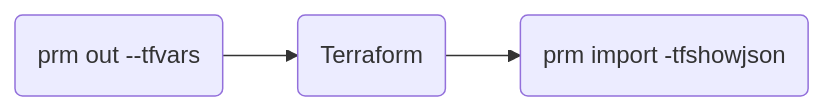
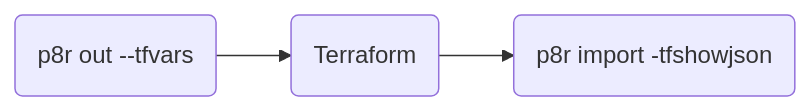
Before and after one commit to cdalar/parampiper: the third of 3 diagrams in mermaid.md, drawn with Mermaid. The commit also changed other lines of this file and 8 other files, not shown here.

````diff
--- a/mermaid.md
+++ b/mermaid.md
@@ -22,5 +22,5 @@
 ```mermaid
 flowchart LR
-X(prm out --tfvars)--> A(Terraform) -->B(prm import -tfshowjson)
+X(p8r out --tfvars)--> A(Terraform) -->B(p8r import -tfshowjson)
 
 ```
````
